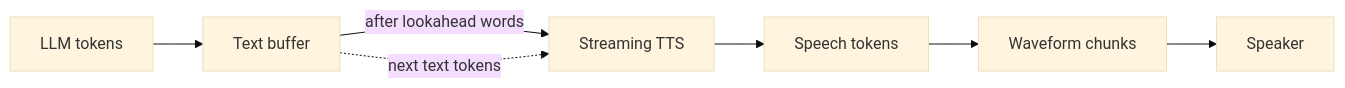
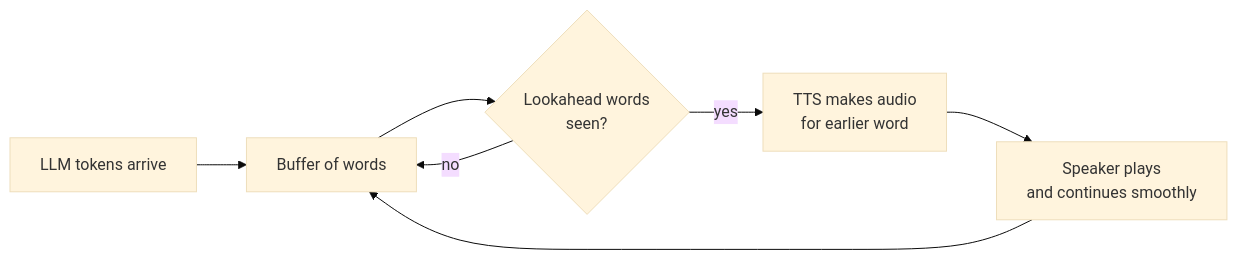
Before and after one commit to kaisarnajar/outcome-school-blogs: the first of 2 diagrams in notes/step-16-ai-infrastructure-deployment-and-system-design/212-streaming-tts.md, drawn with Mermaid (base theme). The commit also changed other lines of this file and 233 other files, not shown here.

````diff
--- a/notes/step-16-ai-infrastructure-deployment-and-system-design/212-streaming-tts.md
+++ b/notes/step-16-ai-infrastructure-deployment-and-system-design/212-streaming-tts.md
@@ -38,9 +69,9 @@
 ```mermaid
 flowchart LR
-    A["LLM tokens"] --> B["Text buffer"]
-    B -->|"after lookahead words"| C["Streaming TTS"]
-    C --> D["Speech tokens"]
-    D --> E["Waveform chunks"]
-    E --> F["Speaker"]
-    B -.->|"next text tokens"| C
+  L1["LLM tokens arrive"] --> W1["Buffer of words"]
+  W1 --> K1{"Lookahead words<br/>seen?"}
+  K1 -->|"no"| W1
+  K1 -->|"yes"| S1["TTS makes audio<br/>for earlier word"]
+  S1 --> P1["Speaker plays<br/>and continues smoothly"]
+  P1 --> W1
 ```
````
